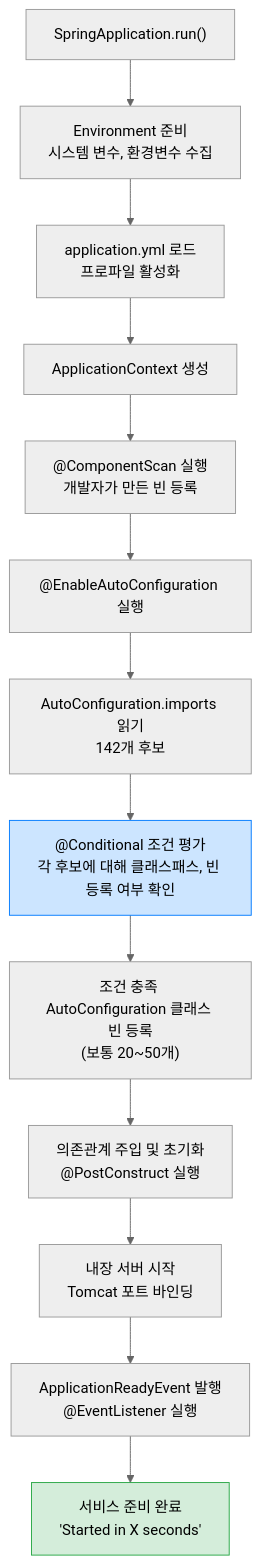
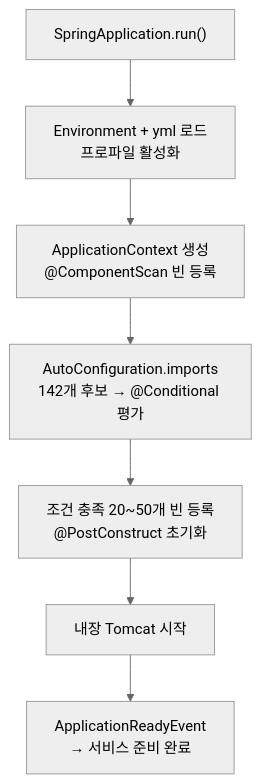
The seventh of 7 diagrams in _posts/spring/2026-05-02-spring-boot-autoconfigure.md (yjkim2015/yjkim2015.github.io), drawn with Mermaid (neutral theme) before and after one commit. The commit also changed other lines of this file and 215 other files, not shown here.

First line of the commit message:
신규 포스트 10개 추가 + Mermaid 전면 축소 + SystemDesign 시리즈 보강

````diff
--- a/_posts/spring/2026-05-02-spring-boot-autoconfigure.md
+++ b/_posts/spring/2026-05-02-spring-boot-autoconfigure.md
@@ -717,20 +689,9 @@
 ```mermaid
 flowchart TD
-    A["SpringApplication.run()"] --> B["Environment 준비\n시스템 변수, 환경변수 수집"]
-    B --> C["application.yml 로드\n프로파일 활성화"]
-    C --> D["ApplicationContext 생성"]
-    D --> E["@ComponentScan 실행\n개발자가 만든 빈 등록"]
-    E --> F["@EnableAutoConfiguration 실행"]
-    F --> G["AutoConfiguration.imports 읽기\n142개 후보"]
-    G --> H["@Conditional 조건 평가\n각 후보에 대해 클래스패스, 빈 등록 여부 확인"]
-    H --> I["조건 충족 AutoConfiguration 클래스 빈 등록\n(보통 20~50개)"]
-    I --> J["의존관계 주입 및 초기화\n@PostConstruct 실행"]
-    J --> K["내장 서버 시작\nTomcat 포트 바인딩"]
-    K --> L["ApplicationReadyEvent 발행\n@EventListener 실행"]
-    L --> M["서비스 준비 완료\n'Started in X seconds'"]
-
-    classDef key fill:#cce5ff,stroke:#007bff
-    classDef result fill:#d4edda,stroke:#28a745
-    class H key
-    class M result
+    A["SpringApplication.run()"] --> B["Environment + yml 로드\n프로파일 활성화"]
+    B --> C["ApplicationContext 생성\n@ComponentScan 빈 등록"]
+    C --> D["AutoConfiguration.imports\n142개 후보 → @Conditional 평가"]
+    D --> E["조건 충족 20~50개 빈 등록\n@PostConstruct 초기화"]
+    E --> F["내장 Tomcat 시작"]
+    F --> G["ApplicationReadyEvent\n→ 서비스 준비 완료"]
 ```
````
